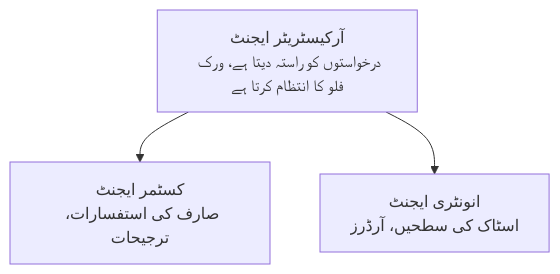
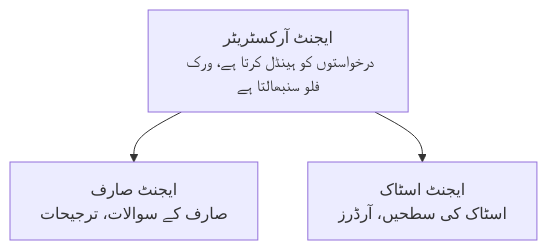
The diagram in translations/ur/docs/chapter-05-multi-agent/README.md (microsoft/AZD-for-beginners), drawn with Mermaid before and after one commit. The commit also changed other lines of this file and 104 other files, not shown here.

````diff
--- a/translations/ur/docs/chapter-05-multi-agent/README.md
+++ b/translations/ur/docs/chapter-05-multi-agent/README.md
@@ -52,5 +54,5 @@
 ```mermaid
 graph TD
-    Orchestrator[آرکیسٹریٹر ایجنٹ<br/>درخواستوں کو راستہ دیتا ہے، ورک فلو کا انتظام کرتا ہے] --> Customer[کسٹمر ایجنٹ<br/>صارف کی استفسارات، ترجیحات]
-    Orchestrator --> Inventory[انونٹری ایجنٹ<br/>اسٹاک کی سطحیں، آرڈرز]
+    Orchestrator[ایجنٹ آرکسٹریٹر<br/>درخواستوں کو ہینڈل کرتا ہے، ورک فلو سنبھالتا ہے] --> Customer[ایجنٹ صارف<br/>صارف کے سوالات، ترجیحات]
+    Orchestrator --> Inventory[ایجنٹ اسٹاک<br/>اسٹاک کی سطحیں، آرڈرز]
 ```
````
